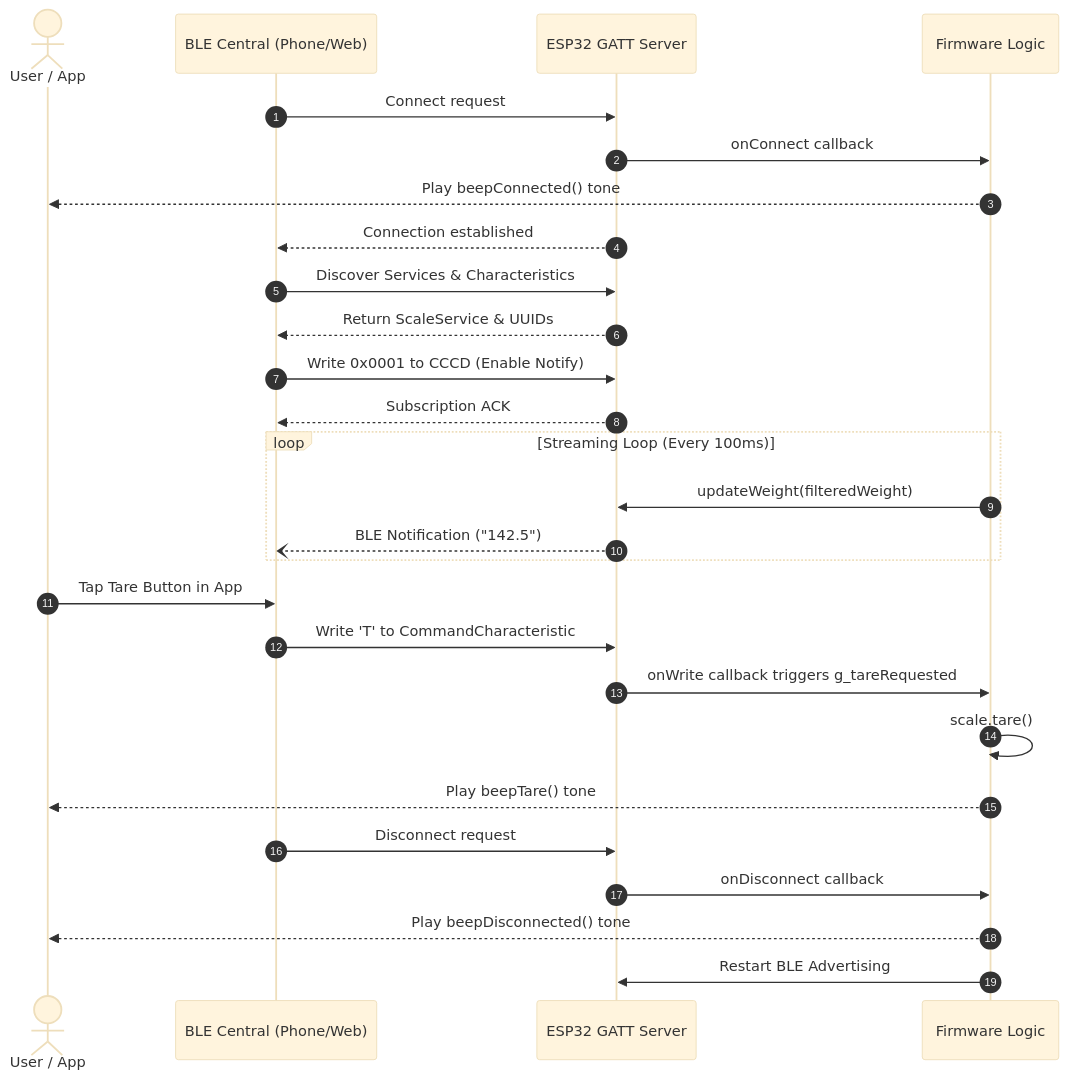
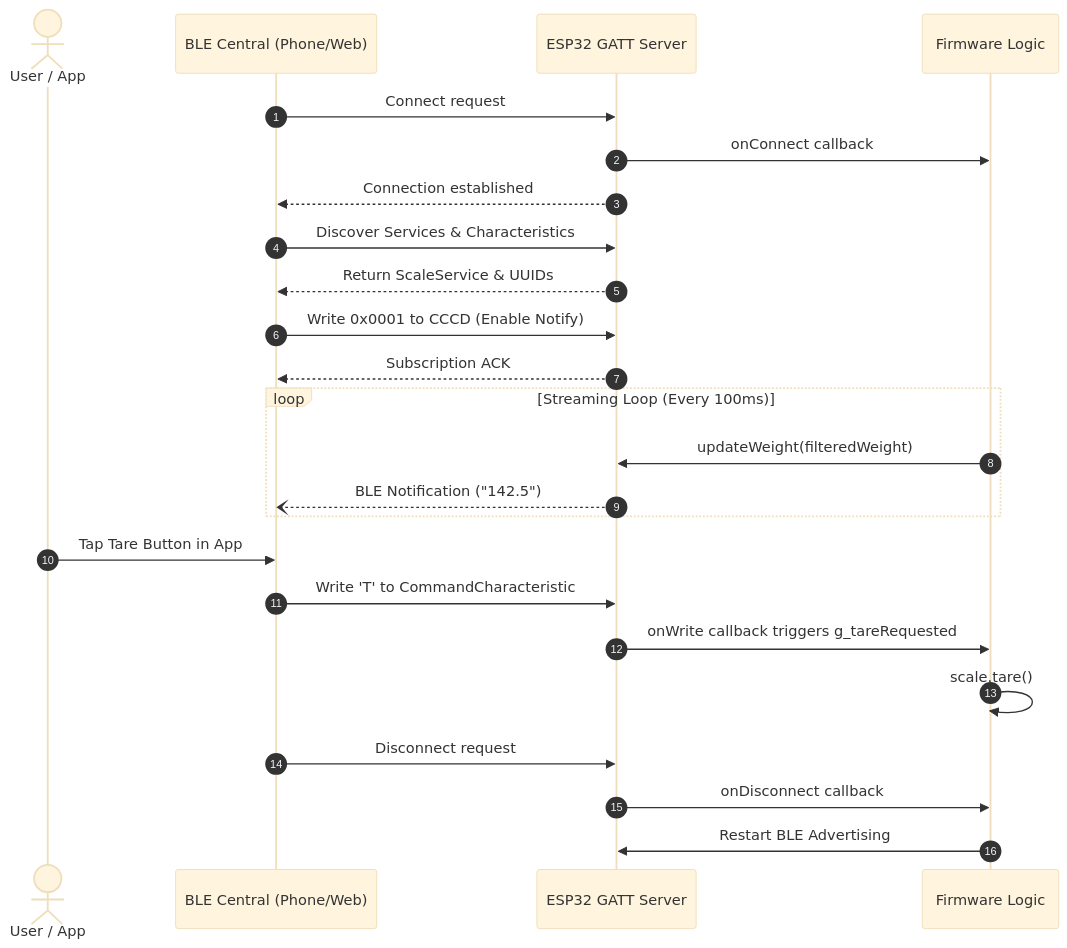
Before and after one commit to AtaCanYmc/SmartcaleESP32: the second of 2 diagrams in docs/ble_protocol.md, drawn with Mermaid (base theme). The commit also changed 15 other files, not shown here.

Commit message:
feat: simplify tare execution flow and remove buzzer references from documentation

````diff
--- a/docs/ble_protocol.md
+++ b/docs/ble_protocol.md
@@ -81,35 +81,32 @@
 ```mermaid
 sequenceDiagram
     autonumber
     actor User as User / App
     participant Central as BLE Central (Phone/Web)
     participant GATT as ESP32 GATT Server
     participant Scale as Firmware Logic
 
     Central->>GATT: Connect request
     GATT->>Scale: onConnect callback
-    Scale-->>User: Play beepConnected() tone
     GATT-->>Central: Connection established
 
     Central->>GATT: Discover Services & Characteristics
     GATT-->>Central: Return ScaleService & UUIDs
 
     Central->>GATT: Write 0x0001 to CCCD (Enable Notify)
     GATT-->>Central: Subscription ACK
 
     loop Streaming Loop (Every 100ms)
         Scale->>GATT: updateWeight(filteredWeight)
         GATT--)Central: BLE Notification ("142.5")
     end
 
     User->>Central: Tap Tare Button in App
     Central->>GATT: Write 'T' to CommandCharacteristic
     GATT->>Scale: onWrite callback triggers g_tareRequested
     Scale->>Scale: scale.tare()
-    Scale-->>User: Play beepTare() tone
 
     Central->>GATT: Disconnect request
     GATT->>Scale: onDisconnect callback
-    Scale-->>User: Play beepDisconnected() tone
     Scale->>GATT: Restart BLE Advertising
 ```
````
